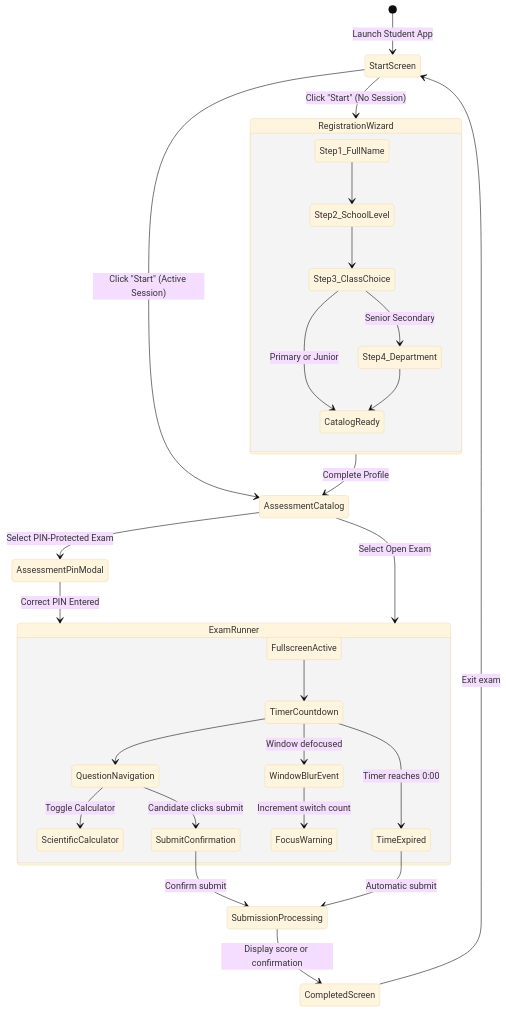
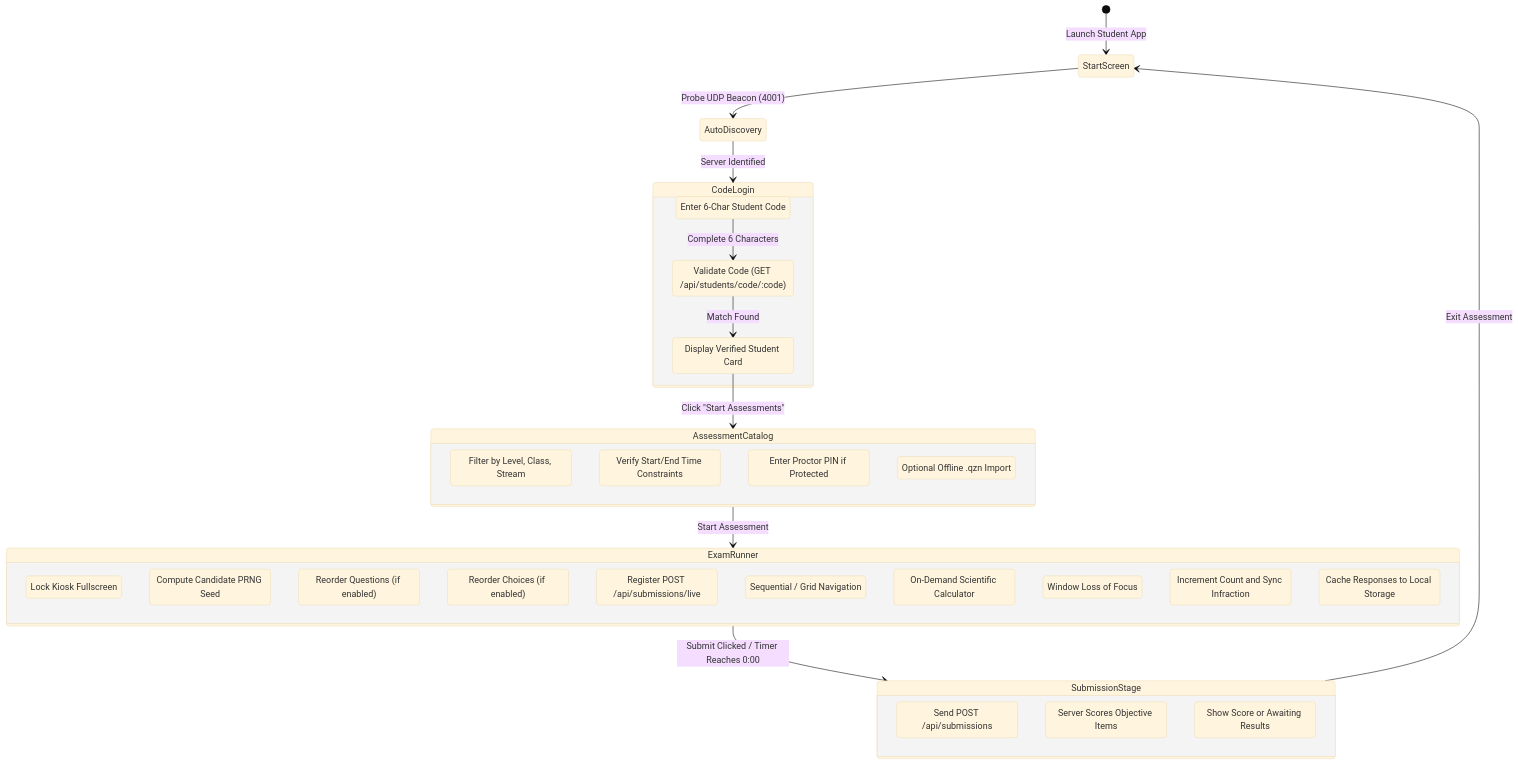
Before and after one commit to CodeWithAsterixh/quizeen-cbt: the first of 3 diagrams in documentation/USER-FLOWS.md, drawn with Mermaid (base theme). The commit also changed other lines of this file and 42 other files, not shown here.

````diff
--- a/documentation/USER-FLOWS.md
+++ b/documentation/USER-FLOWS.md
@@ -11,34 +11,48 @@
 ```mermaid
 stateDiagram-v2
     [*] --> StartScreen: Launch Student App
-    StartScreen --> RegistrationWizard: Click "Start" (No Session)
-    StartScreen --> AssessmentCatalog: Click "Start" (Active Session)
+    StartScreen --> AutoDiscovery: Probe UDP Beacon (4001)
+    AutoDiscovery --> CodeLogin: Server Identified
 
-    state RegistrationWizard {
-        Step1_FullName --> Step2_SchoolLevel
-        Step2_SchoolLevel --> Step3_ClassChoice
-        Step3_ClassChoice --> Step4_Department: Senior Secondary
-        Step3_ClassChoice --> CatalogReady: Primary or Junior
-        Step4_Department --> CatalogReady
+    state CodeLogin {
+        EnterCode: Enter 6-Char Student Code
+        ValidateCode: Validate Code (GET /api/students/code/:code)
+        ShowVerifiedCard: Display Verified Student Card
     }
 
-    RegistrationWizard --> AssessmentCatalog: Complete Profile
-    AssessmentCatalog --> AssessmentPinModal: Select PIN-Protected Exam
-    AssessmentCatalog --> ExamRunner: Select Open Exam
-    AssessmentPinModal --> ExamRunner: Correct PIN Entered
+    EnterCode --> ValidateCode: Complete 6 Characters
+    ValidateCode --> ShowVerifiedCard: Match Found
+    ShowVerifiedCard --> AssessmentCatalog: Click "Start Assessments"
+
+    state AssessmentCatalog {
+        FilterCatalog: Filter by Level, Class, Stream
+        CheckAvailability: Verify Start/End Time Constraints
+        UnlockWithPin: Enter Proctor PIN if Protected
+        LoadQznPackage: Optional Offline .qzn Import
+    }
+
+    AssessmentCatalog --> ExamRunner: Start Assessment
 
     state ExamRunner {
-        FullscreenActive --> TimerCountdown
-        TimerCountdown --> QuestionNavigation
-        QuestionNavigation --> ScientificCalculator: Toggle Calculator
-        TimerCountdown --> WindowBlurEvent: Window defocused
-        WindowBlurEvent --> FocusWarning: Increment switch count
-        TimerCountdown --> TimeExpired: Timer reaches 0:00
-        QuestionNavigation --> SubmitConfirmation: Candidate clicks submit
+        FullscreenLaunch: Lock Kiosk Fullscreen
+        SeedShuffling: Compute Candidate PRNG Seed
+        ShuffleQuestions: Reorder Questions (if enabled)
+        ShuffleOptions: Reorder Choices (if enabled)
+        LiveSessionSync: Register POST /api/submissions/live
+        QuestionNav: Sequential / Grid Navigation
+        CalculatorToggle: On-Demand Scientific Calculator
+        BlurDetection: Window Loss of Focus
+        InfractionAlert: Increment Count and Sync Infraction
+        AutoSave: Cache Responses to Local Storage
     }
 
-    TimeExpired --> SubmissionProcessing: Automatic submit
-    SubmitConfirmation --> SubmissionProcessing: Confirm submit
-    SubmissionProcessing --> CompletedScreen: Display score or confirmation
-    CompletedScreen --> StartScreen: Exit exam
+    ExamRunner --> SubmissionStage: Submit Clicked / Timer Reaches 0:00
+
+    state SubmissionStage {
+        IdempotentPost: Send POST /api/submissions
+        ScoreComputation: Server Scores Objective Items
+        ResultDisplay: Show Score or Awaiting Results
+    }
+
+    SubmissionStage --> StartScreen: Exit Assessment
 ```
````
